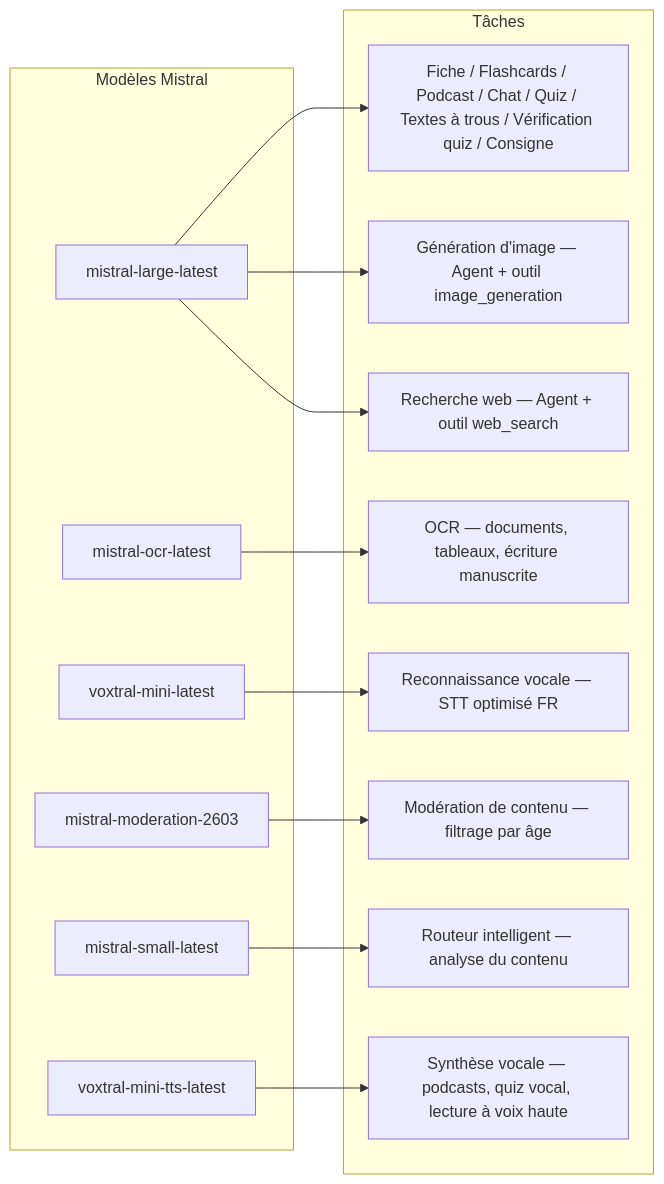
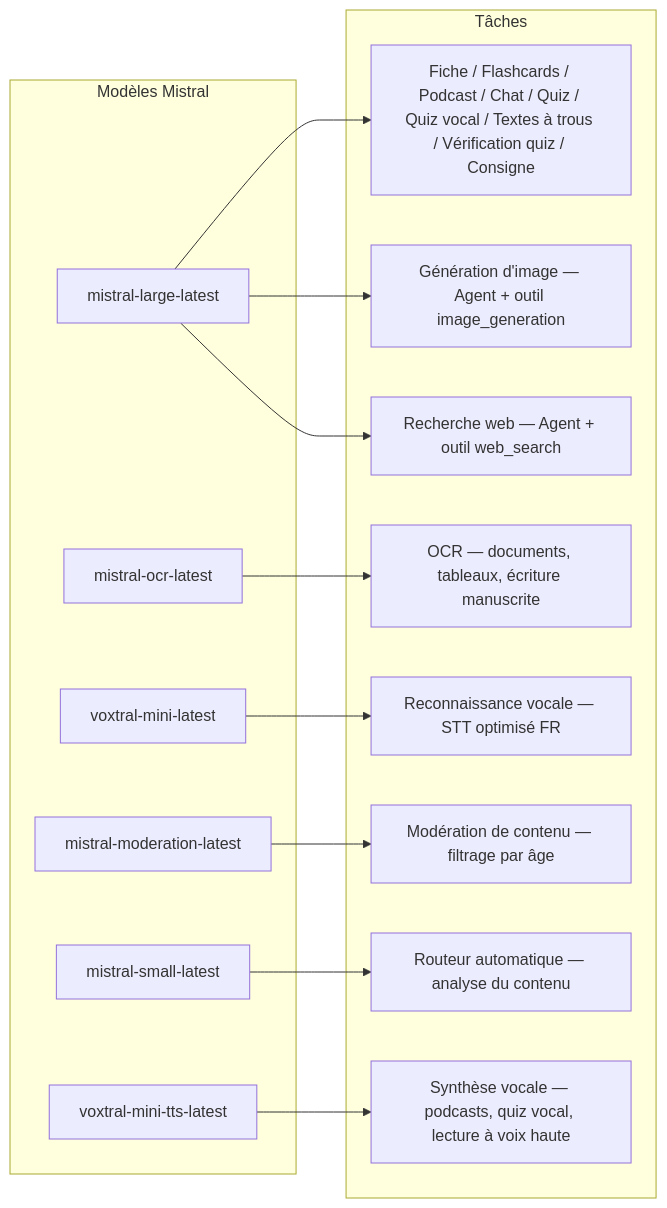
The second of 3 diagrams in README-ar.md (jls42/EurekAI), drawn with Mermaid before and after one commit. The commit also changed other lines of this file and 39 other files, not shown here.

````diff
--- a/README-ar.md
+++ b/README-ar.md
@@ -117,31 +120,31 @@
 ```mermaid
 flowchart LR
     subgraph "Modèles Mistral"
         ML["mistral-large-latest"]
         MO["mistral-ocr-latest"]
         MV["voxtral-mini-latest"]
-        MMod["mistral-moderation-2603"]
+        MMod["mistral-moderation-latest"]
         MS["mistral-small-latest"]
         MTTS["voxtral-mini-tts-latest"]
     end
 
     subgraph "Tâches"
-        T1["Fiche / Flashcards / Podcast / Chat / Quiz / Textes à trous / Vérification quiz / Consigne"]
+        T1["Fiche / Flashcards / Podcast / Chat / Quiz / Quiz vocal / Textes à trous / Vérification quiz / Consigne"]
         T2["OCR — documents, tableaux, écriture manuscrite"]
         T3["Reconnaissance vocale — STT optimisé FR"]
         T4["Modération de contenu — filtrage par âge"]
-        T5["Routeur intelligent — analyse du contenu"]
+        T5["Routeur automatique — analyse du contenu"]
         T6["Génération d'image — Agent + outil image_generation"]
         T7["Recherche web — Agent + outil web_search"]
         T8["Synthèse vocale — podcasts, quiz vocal, lecture à voix haute"]
     end
 
     ML --> T1
     MO --> T2
     MV --> T3
     MMod --> T4
     MS --> T5
     ML --> T6
     ML --> T7
     MTTS --> T8
 ```
````
